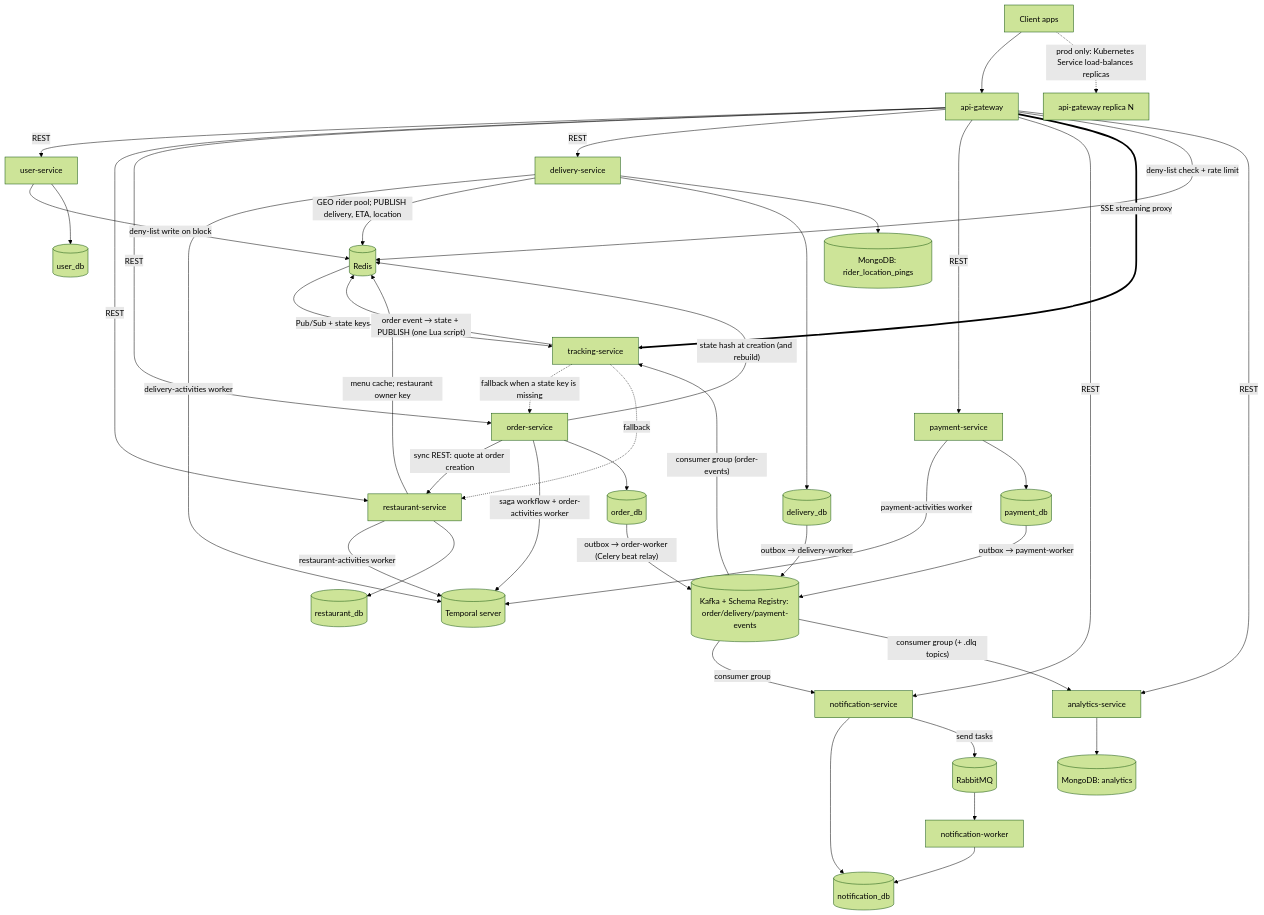
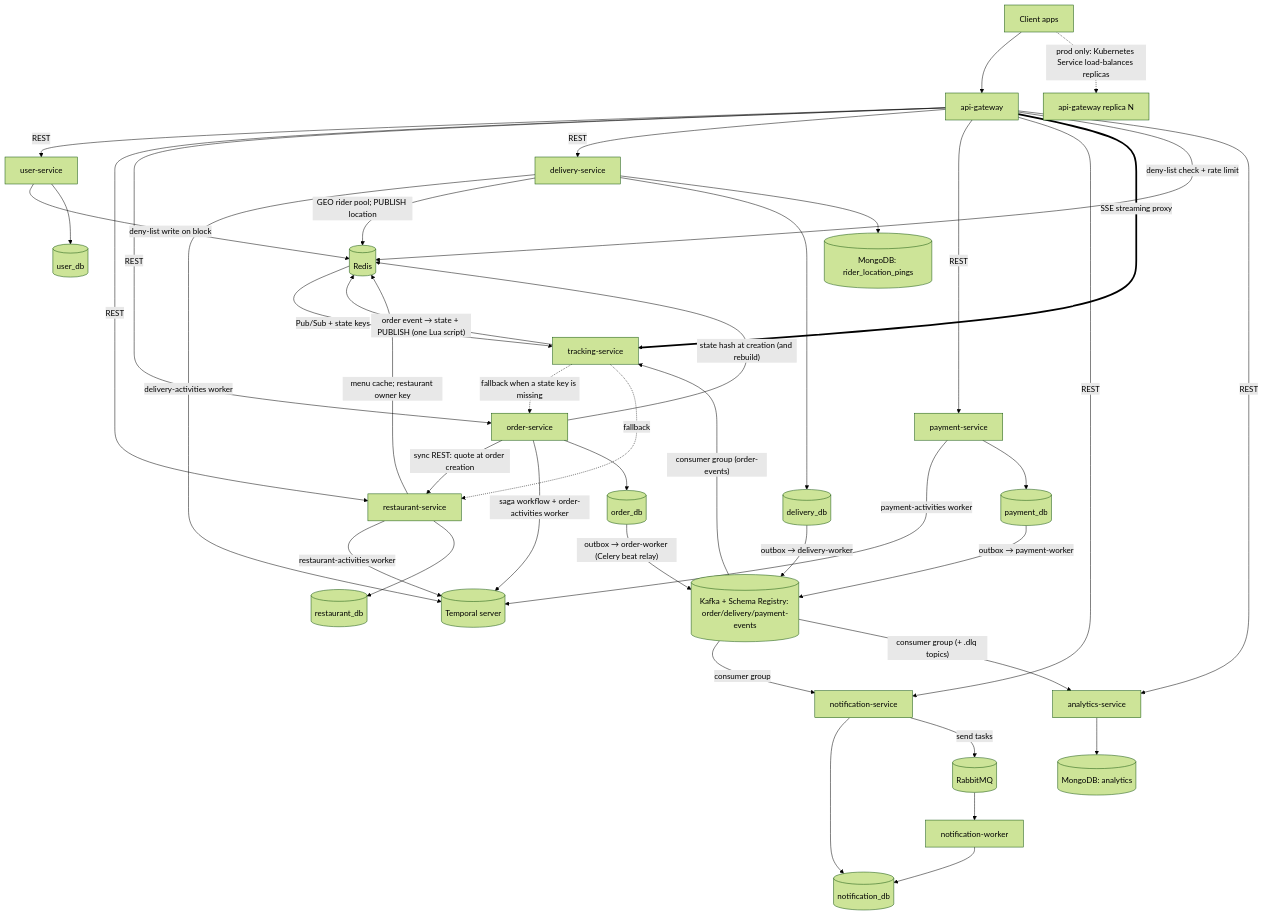
The first of 27 diagrams in docs/diagrams.md (umer-emumba/smartfoodops-ms), drawn with Mermaid (forest theme) before and after one commit. The commit also changed other lines of this file and 19 other files, not shown here.

````diff
--- a/docs/diagrams.md
+++ b/docs/diagrams.md
@@ -9,50 +9,50 @@
 ```mermaid
 graph TD
     Client[Client apps] --> GW1[api-gateway]
     Client -.->|"prod only: Kubernetes Service load-balances replicas"| GW2[api-gateway replica N]
 
     GW1 -->|REST| US[user-service]
     GW1 -->|REST| RS[restaurant-service]
     GW1 -->|REST| OS[order-service]
     GW1 -->|REST| DS[delivery-service]
     GW1 -->|REST| PS[payment-service]
     GW1 -->|REST| NS[notification-service]
     GW1 ==>|"SSE streaming proxy"| TS[tracking-service]
     GW1 -->|deny-list check + rate limit| Redis[(Redis)]
     US -->|deny-list write on block| Redis
     RS -->|"menu cache; restaurant owner key"| Redis
 
     OS -->|sync REST: quote at order creation| RS
     OS -->|"saga workflow + order-activities worker"| Temporal[(Temporal server)]
     RS -->|restaurant-activities worker| Temporal
     PS -->|payment-activities worker| Temporal
     DS -->|"delivery-activities worker"| Temporal
 
     OS -->|"state hash at creation (and rebuild)"| Redis
-    DS -->|"GEO rider pool; PUBLISH delivery, ETA, location"| Redis
+    DS -->|"GEO rider pool; PUBLISH location"| Redis
     TS -->|"order event → state + PUBLISH (one Lua script)"| Redis
     Redis -->|"Pub/Sub + state keys"| TS
     TS -.->|"fallback when a state key is missing"| OS
     TS -.->|fallback| RS
 
     US --> UserDB[(user_db)]
     RS --> RestDB[(restaurant_db)]
     OS --> OrderDB[(order_db)]
     DS --> DeliveryDB[(delivery_db)]
     DS --> Mongo[(MongoDB: rider_location_pings)]
     PS --> PaymentDB[(payment_db)]
     NS --> NotifDB[(notification_db)]
 
     GW1 -->|REST| AS[analytics-service]
 
     OrderDB -->|"outbox → order-worker (Celery beat relay)"| Kafka[(Kafka + Schema Registry: order/delivery/payment-events)]
     DeliveryDB -->|"outbox → delivery-worker"| Kafka
     PaymentDB -->|"outbox → payment-worker"| Kafka
     Kafka -->|consumer group| NS
     Kafka -->|"consumer group (+ .dlq topics)"| AS
     Kafka -->|"consumer group (order-events)"| TS
     AS --> AnalyticsDB[(MongoDB: analytics)]
     NS -->|"send tasks"| Rabbit[(RabbitMQ)]
     Rabbit --> NW[notification-worker]
     NW --> NotifDB
 ```
````
